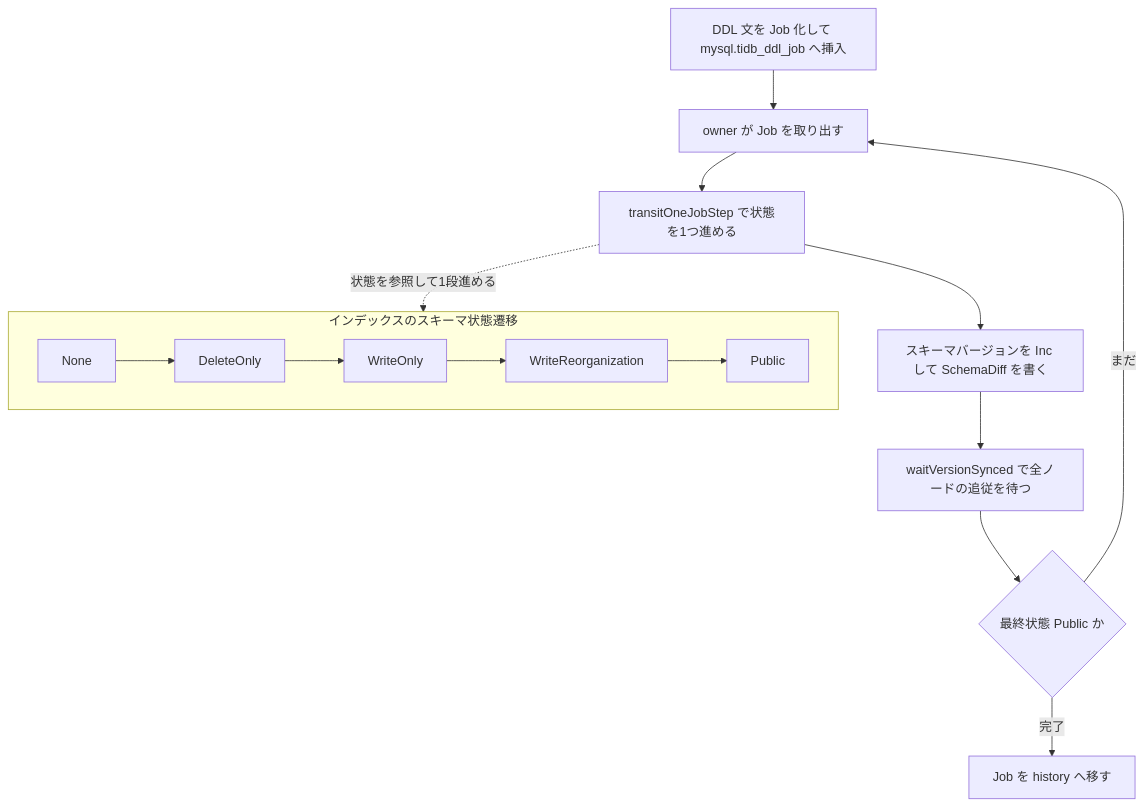
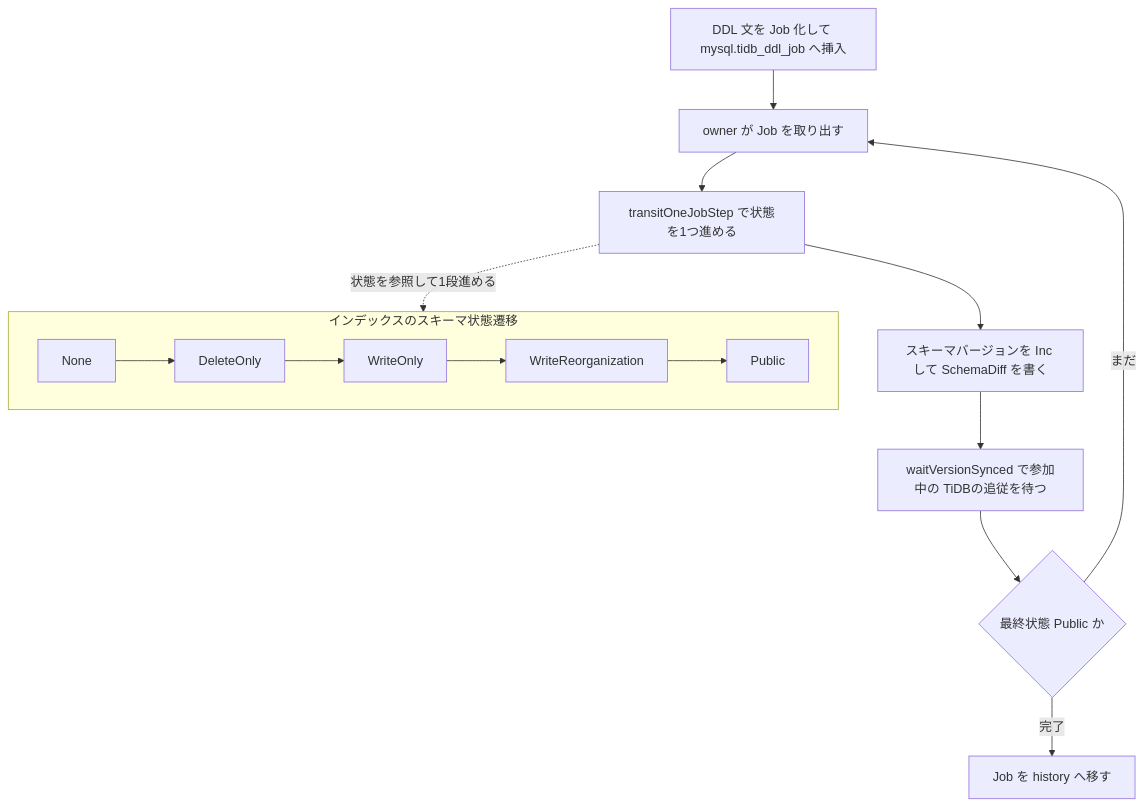
One commit to miyamadoKL/source-code-reading changed the diagram in tidb/tidb/part05-ddl-infra/20-online-ddl.md. Above: the diagram before and after it, drawn with Mermaid. The commit also changed other lines of this file and 3 other files, not shown here.

````diff
--- a/tidb/tidb/part05-ddl-infra/20-online-ddl.md
+++ b/tidb/tidb/part05-ddl-infra/20-online-ddl.md
@@ -562,20 +562,20 @@
 ```mermaid
 flowchart TD
     Q["DDL 文を Job 化して mysql.tidb_ddl_job へ挿入"] --> OWN["owner が Job を取り出す"]
     OWN --> STEP["transitOneJobStep で状態を1つ進める"]
     STEP --> VER["スキーマバージョンを Inc して SchemaDiff を書く"]
-    VER --> WAIT["waitVersionSynced で全ノードの追従を待つ"]
+    VER --> WAIT["waitVersionSynced で参加中の TiDBの追従を待つ"]
     WAIT --> CHK{"最終状態 Public か"}
     CHK -->|まだ| OWN
     CHK -->|完了| DONE["Job を history へ移す"]
 
     subgraph SM["インデックスのスキーマ状態遷移"]
         direction LR
         S0["None"] --> S1["DeleteOnly"]
         S1 --> S2["WriteOnly"]
         S2 --> S3["WriteReorganization"]
         S3 --> S4["Public"]
     end
 
     STEP -.状態を参照して1段進める.-> SM
 ```
````
